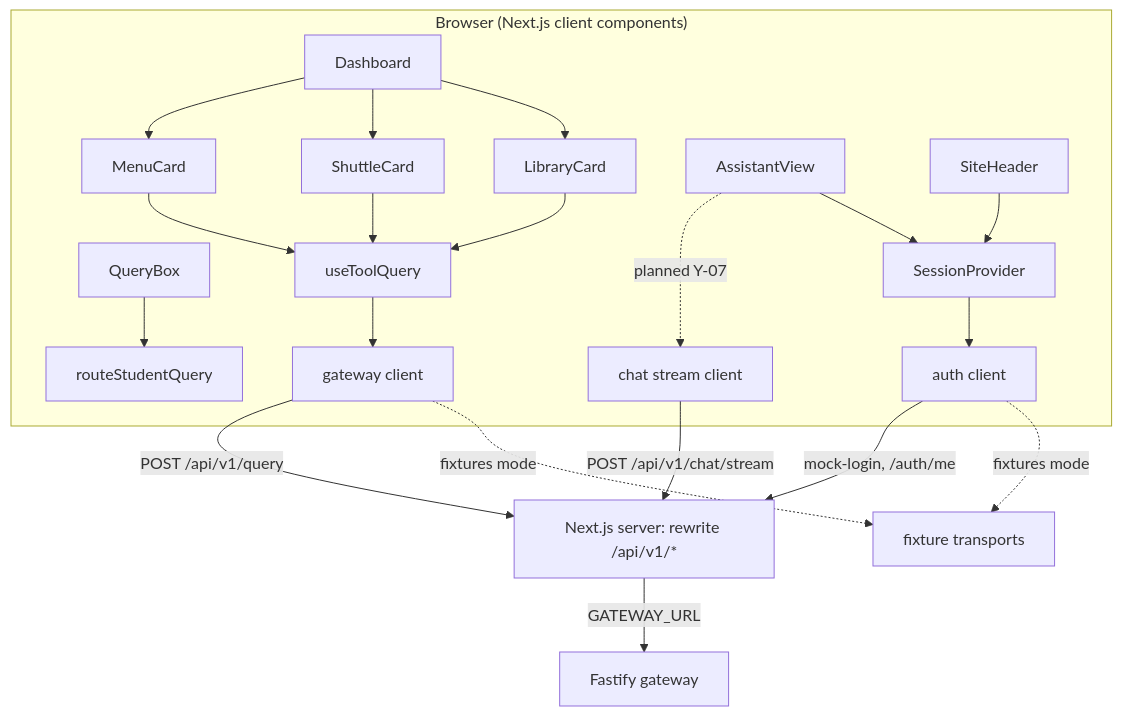
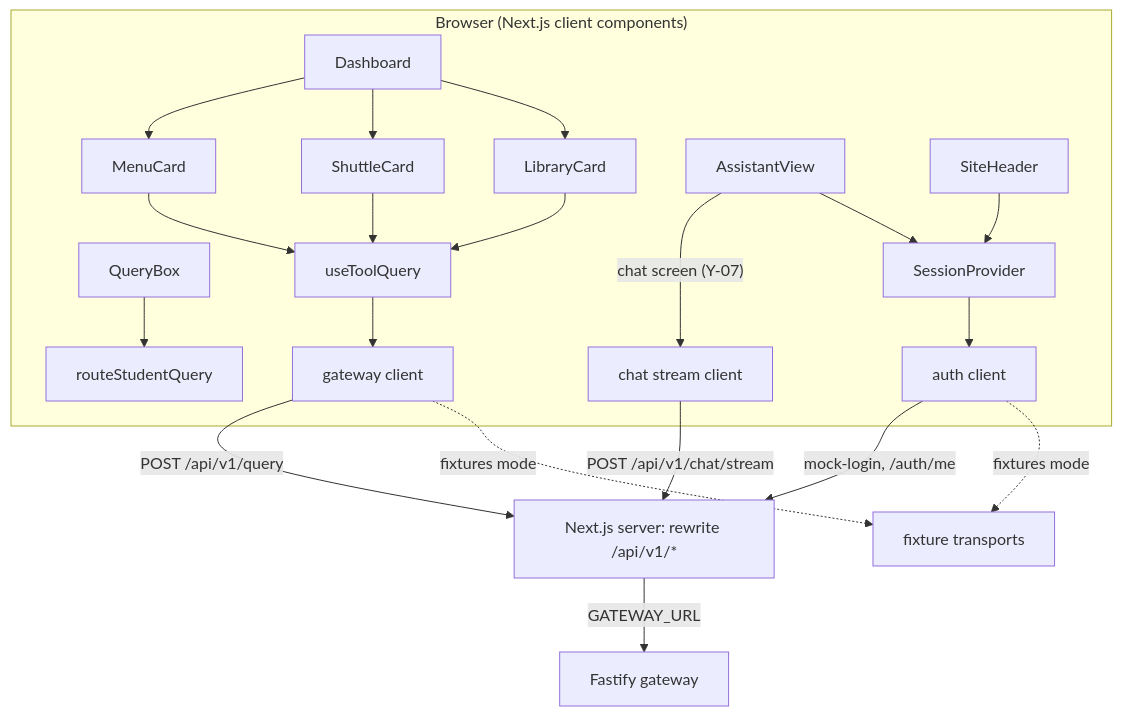
The fifth of 9 diagrams in docs/Design_Document.md (cmuratt/BIL481-2026-Project), drawn with Mermaid before and after one commit. The commit also changed other lines of this file, not shown here.

````diff
--- a/docs/Design_Document.md
+++ b/docs/Design_Document.md
@@ -801,18 +839,18 @@
 ```mermaid
 flowchart TB
   subgraph Browser["Browser (Next.js client components)"]
     QB[QueryBox] --> R[routeStudentQuery]
     D[Dashboard] --> MC[MenuCard] & SC[ShuttleCard] & LC[LibraryCard]
     MC & SC & LC --> UQ[useToolQuery] --> GC[gateway client]
-    AV[AssistantView] -. planned Y-07 .-> CC[chat stream client]
+    AV[AssistantView] -- "chat screen (Y-07)" --> CC[chat stream client]
     SP[SessionProvider] --> AC[auth client]
     H[SiteHeader] --> SP
     AV --> SP
   end
   GC -->|POST /api/v1/query| NX[Next.js server: rewrite /api/v1/*]
   CC -->|POST /api/v1/chat/stream| NX
   AC -->|mock-login, /auth/me| NX
   NX -->|GATEWAY_URL| GW[Fastify gateway]
   GC -. fixtures mode .-> FX[fixture transports]
   AC -. fixtures mode .-> FX
 ```
````
